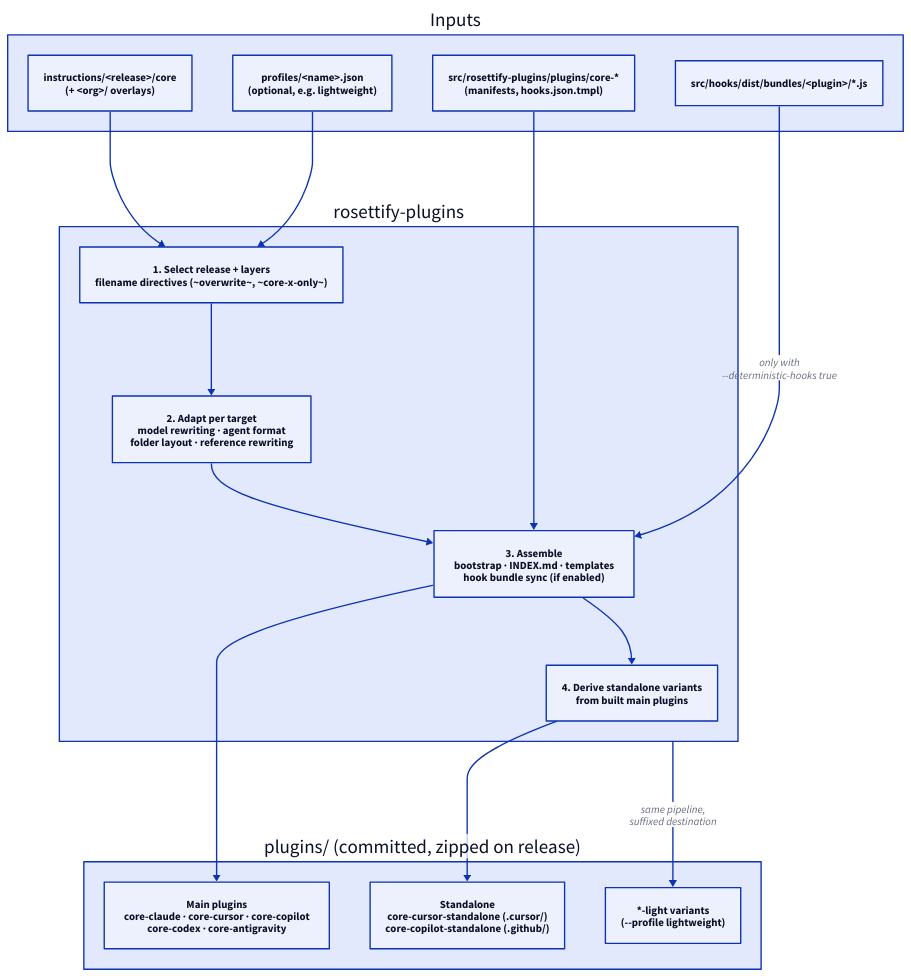
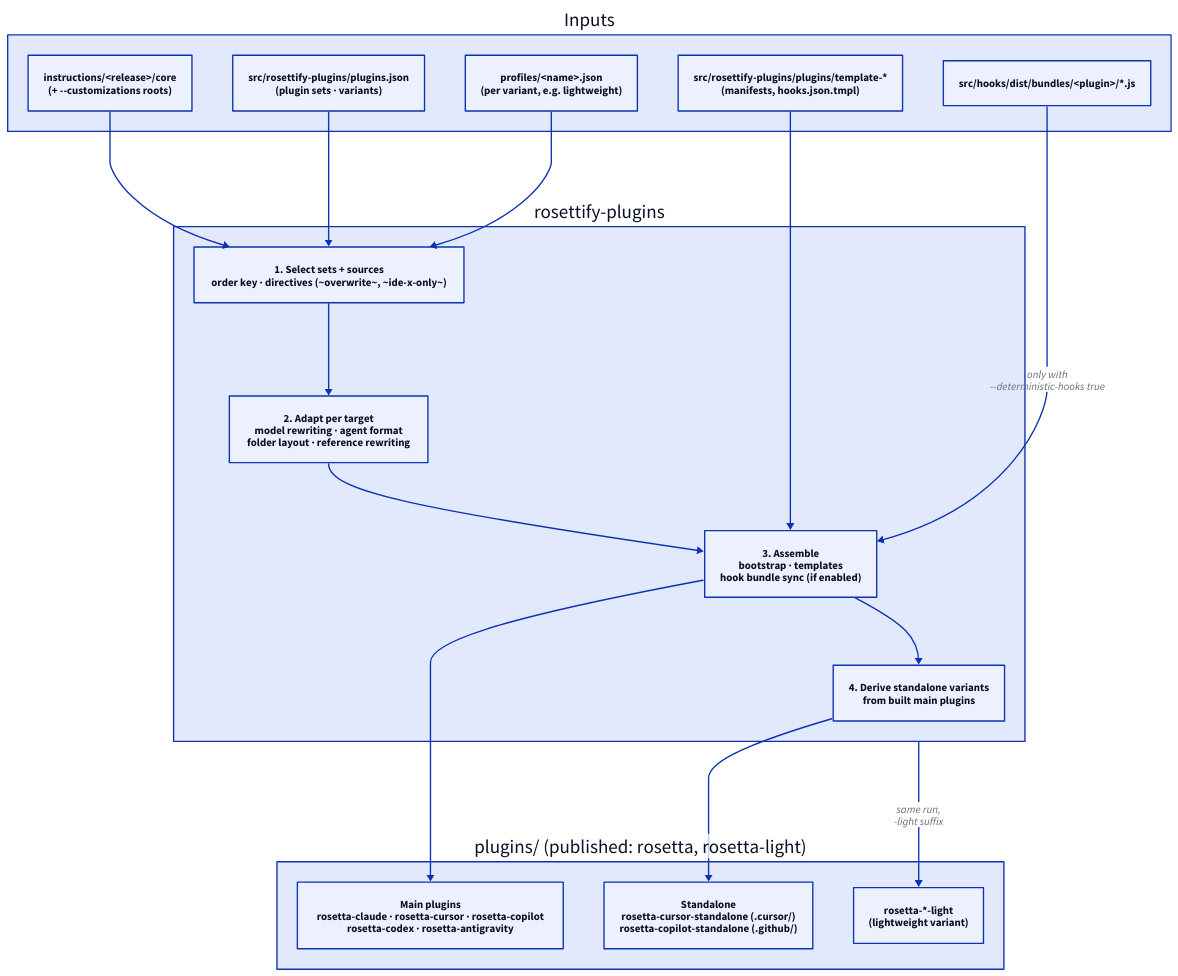
The diagram in docs/web/assets/architecture/plugin-build.d2 (griddynamics/rosetta), drawn with D2 before and after one commit. The commit also changed 6047 other files, not shown here.

```diff
--- a/docs/web/assets/architecture/plugin-build.d2
+++ b/docs/web/assets/architecture/plugin-build.d2
@@ -1,34 +1,36 @@
 # Plugin generation: inputs, generator stages and outputs of `npx rosettify-plugins`.
 # Arrows = data flowing into the next stage. Stage names follow
 # src/rosettify-plugins/src/plugin-processors/*.ts (grouped, not one box per file).
 direction: down
 
 inputs: Inputs {
-  instr: "instructions/<release>/core\n(+ <org>/ overlays)"
-  tmpl: "src/rosettify-plugins/plugins/core-*\n(manifests, hooks.json.tmpl)"
+  instr: "instructions/<release>/core\n(+ --customizations roots)"
+  catalog: "src/rosettify-plugins/plugins.json\n(plugin sets · variants)"
+  tmpl: "src/rosettify-plugins/plugins/template-*\n(manifests, hooks.json.tmpl)"
   bundles: "src/hooks/dist/bundles/<plugin>/*.js"
-  profile: "profiles/<name>.json\n(optional, e.g. lightweight)"
+  profile: "profiles/<name>.json\n(per variant, e.g. lightweight)"
 }
 
 gen: rosettify-plugins {
   direction: down
-  select: "1. Select release + layers\nfilename directives (~overwrite~, ~core-x-only~)"
+  select: "1. Select sets + sources\norder key · directives (~overwrite~, ~ide-x-only~)"
   adapt: "2. Adapt per target\nmodel rewriting · agent format\nfolder layout · reference rewriting"
-  assemble: "3. Assemble\nbootstrap · INDEX.md · templates\nhook bundle sync (if enabled)"
+  assemble: "3. Assemble\nbootstrap · templates\nhook bundle sync (if enabled)"
   derive: "4. Derive standalone variants\nfrom built main plugins"
   select -> adapt -> assemble -> derive
 }
 
-out: "plugins/ (committed, zipped on release)" {
-  main: "Main plugins\ncore-claude · core-cursor · core-copilot\ncore-codex · core-antigravity"
-  standalone: "Standalone\ncore-cursor-standalone (.cursor/)\ncore-copilot-standalone (.github/)"
-  light: "*-light variants\n(--profile lightweight)"
+out: "plugins/ (published: rosetta, rosetta-light)" {
+  main: "Main plugins\nrosetta-claude · rosetta-cursor · rosetta-copilot\nrosetta-codex · rosetta-antigravity"
+  standalone: "Standalone\nrosetta-cursor-standalone (.cursor/)\nrosetta-copilot-standalone (.github/)"
+  light: "rosetta-*-light\n(lightweight variant)"
 }
 
 inputs.instr -> gen.select
+inputs.catalog -> gen.select
 inputs.profile -> gen.select
 inputs.tmpl -> gen.assemble
 inputs.bundles -> gen.assemble: "only with\n--deterministic-hooks true"
 gen.assemble -> out.main
 gen.derive -> out.standalone
-gen -> out.light: "same pipeline,\nsuffixed destination"
+gen -> out.light: "same run,\n-light suffix"
```
